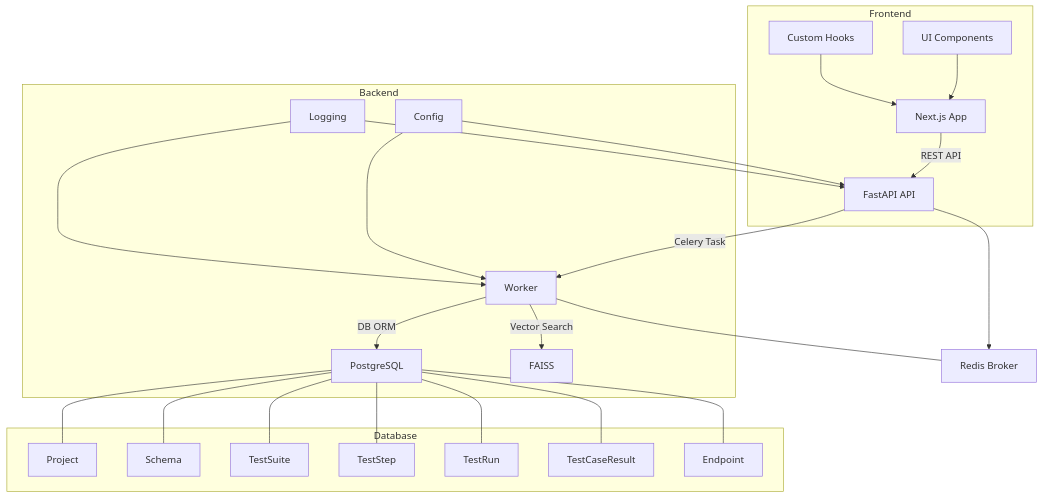
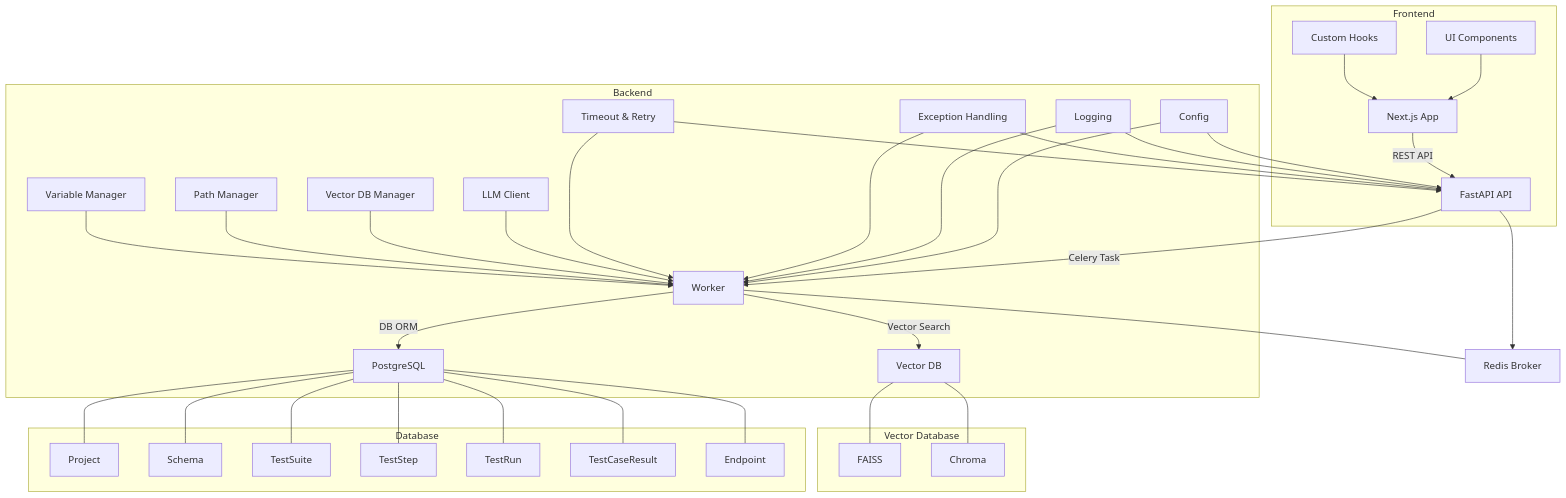
The first of 6 diagrams in ARCHITECTURE.md (Pirikara/caseforge), drawn with Mermaid before and after one commit. The commit also changed other lines of this file and 56 other files, not shown here.

````diff
--- a/ARCHITECTURE.md
+++ b/ARCHITECTURE.md
@@ -53,33 +83,49 @@
 ```mermaid
 graph TD;
   subgraph Frontend
     A[Next.js App] -- REST API --> B[FastAPI API]
     A1[UI Components] --> A
     A2[Custom Hooks] --> A
   end
 
   subgraph Backend
     B -- Celery Task --> C[Worker]
     C -- DB ORM --> D[PostgreSQL]
-    C -- Vector Search --> E[FAISS]
+    C -- Vector Search --> E[Vector DB]
     
     F[Config] --> B
     F --> C
     G[Logging] --> B
     G --> C
+    
+    H[Exception Handling] --> B
+    H --> C
+    
+    I[Timeout & Retry] --> B
+    I --> C
+    
+    J[LLM Client] --> C
+    K[Vector DB Manager] --> C
+    L[Path Manager] --> C
+    M[Variable Manager] --> C
   end
 
   subgraph Database
     D --- D1[Project]
     D --- D2[Schema]
     D --- D3[TestSuite]
     D --- D4[TestStep]
     D --- D5[TestRun]
     D --- D6[TestCaseResult]
     D --- D7[Endpoint]
   end
 
+  subgraph "Vector Database"
+    E --- E1[FAISS]
+    E --- E2[Chroma]
+  end
+
   R[Redis Broker]
   C --- R
   B --> R
 ```
````
